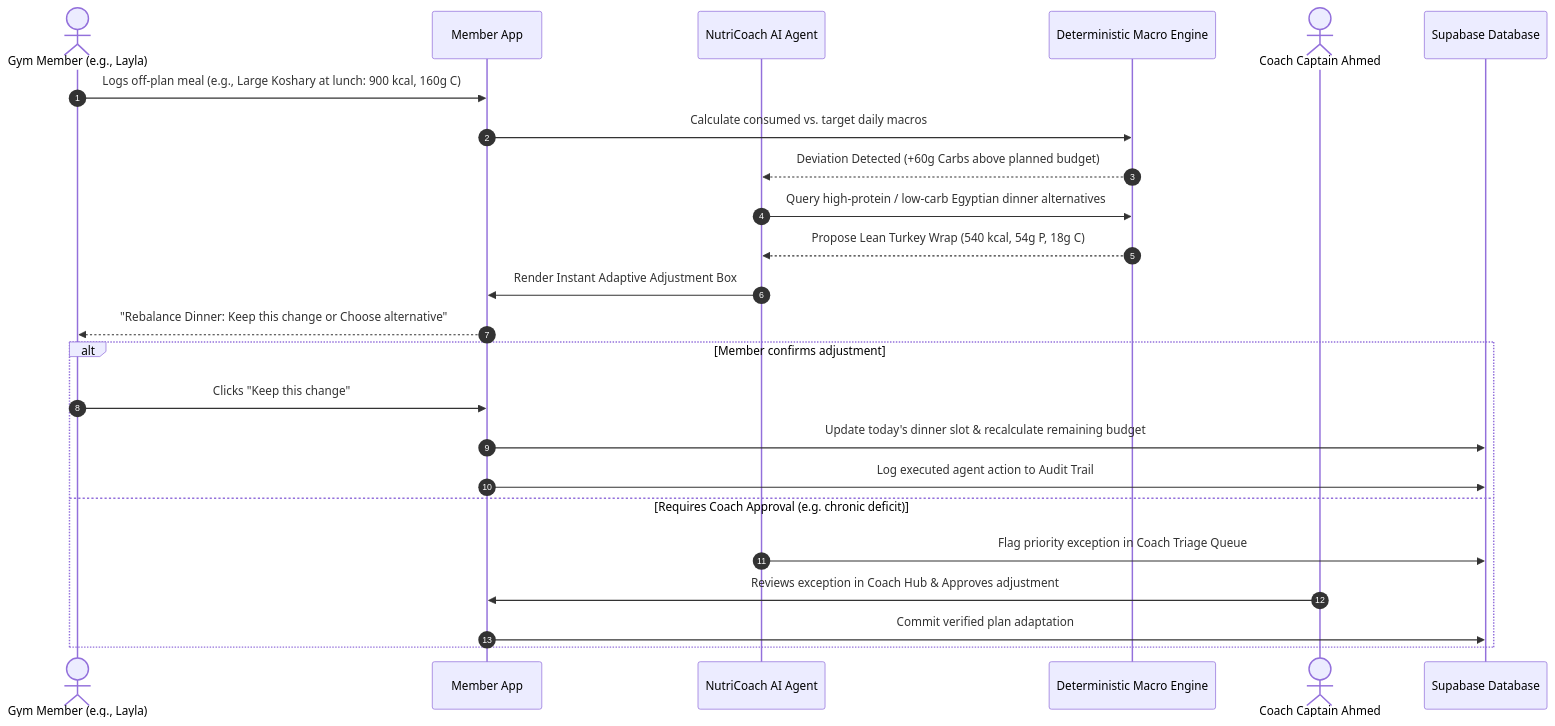
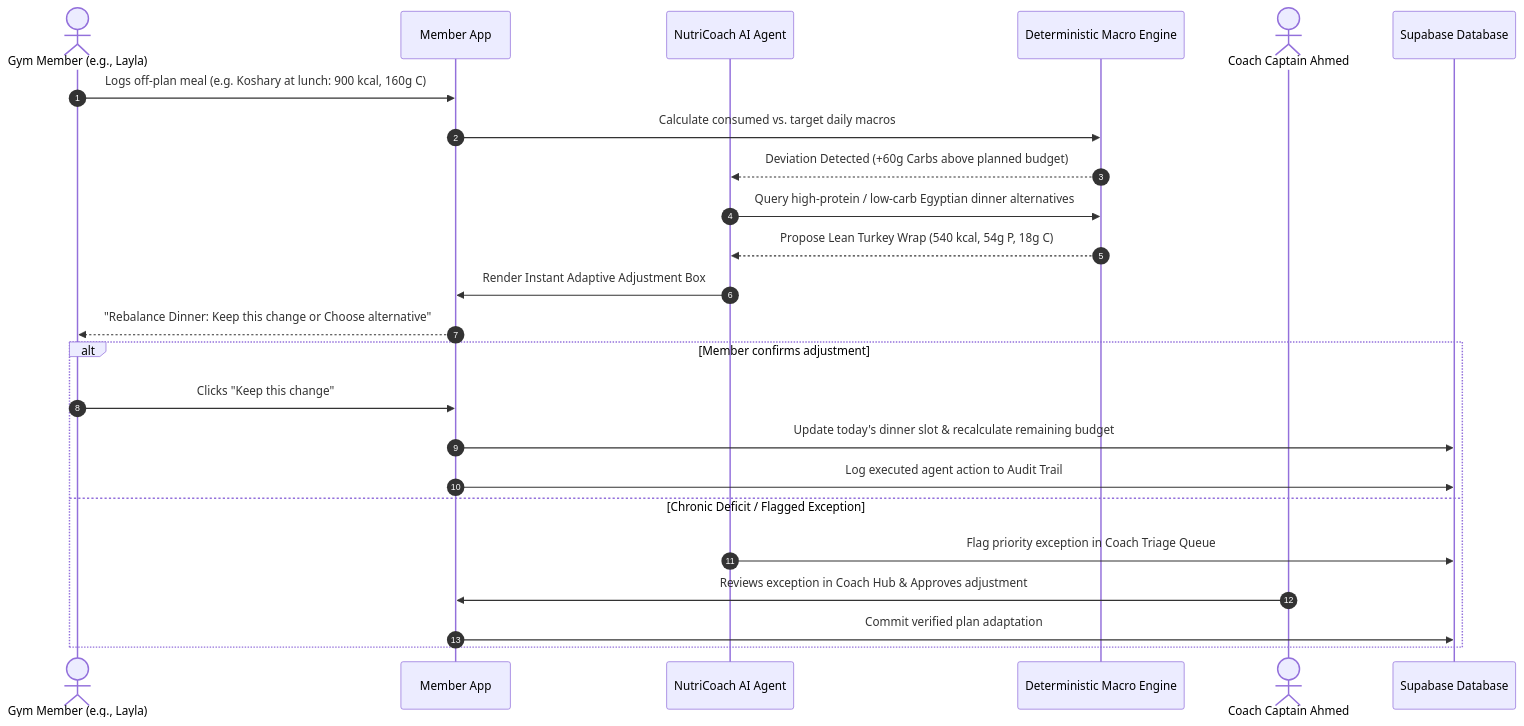
One commit to Kholoud-Alsaady/nutricoach-app changed the second of 3 diagrams in README.md. Above: the diagram before and after it, drawn with Mermaid. The commit also changed other lines of this file, not shown here.

Commit message:
Simplify README and retain only live app link

````diff
--- a/README.md
+++ b/README.md
@@ -86,30 +62,28 @@
 ```mermaid
 sequenceDiagram
     autonumber
     actor Member as Gym Member (e.g., Layla)
     participant App as Member App
     participant AI as NutriCoach AI Agent
     participant Engine as Deterministic Macro Engine
     actor Coach as Coach Captain Ahmed
     participant DB as Supabase Database
 
-    Member->>App: Logs off-plan meal (e.g., Large Koshary at lunch: 900 kcal, 160g C)
+    Member->>App: Logs off-plan meal (e.g. Koshary at lunch: 900 kcal, 160g C)
     App->>Engine: Calculate consumed vs. target daily macros
     Engine-->>AI: Deviation Detected (+60g Carbs above planned budget)
-    
     AI->>Engine: Query high-protein / low-carb Egyptian dinner alternatives
     Engine-->>AI: Propose Lean Turkey Wrap (540 kcal, 54g P, 18g C)
-    
     AI->>App: Render Instant Adaptive Adjustment Box
     App-->>Member: "Rebalance Dinner: Keep this change or Choose alternative"
     
     alt Member confirms adjustment
         Member->>App: Clicks "Keep this change"
         App->>DB: Update today's dinner slot & recalculate remaining budget
         App->>DB: Log executed agent action to Audit Trail
-    else Requires Coach Approval (e.g. chronic deficit)
+    else Chronic Deficit / Flagged Exception
         AI->>DB: Flag priority exception in Coach Triage Queue
         Coach->>App: Reviews exception in Coach Hub & Approves adjustment
         App->>DB: Commit verified plan adaptation
     end
 ```
````
